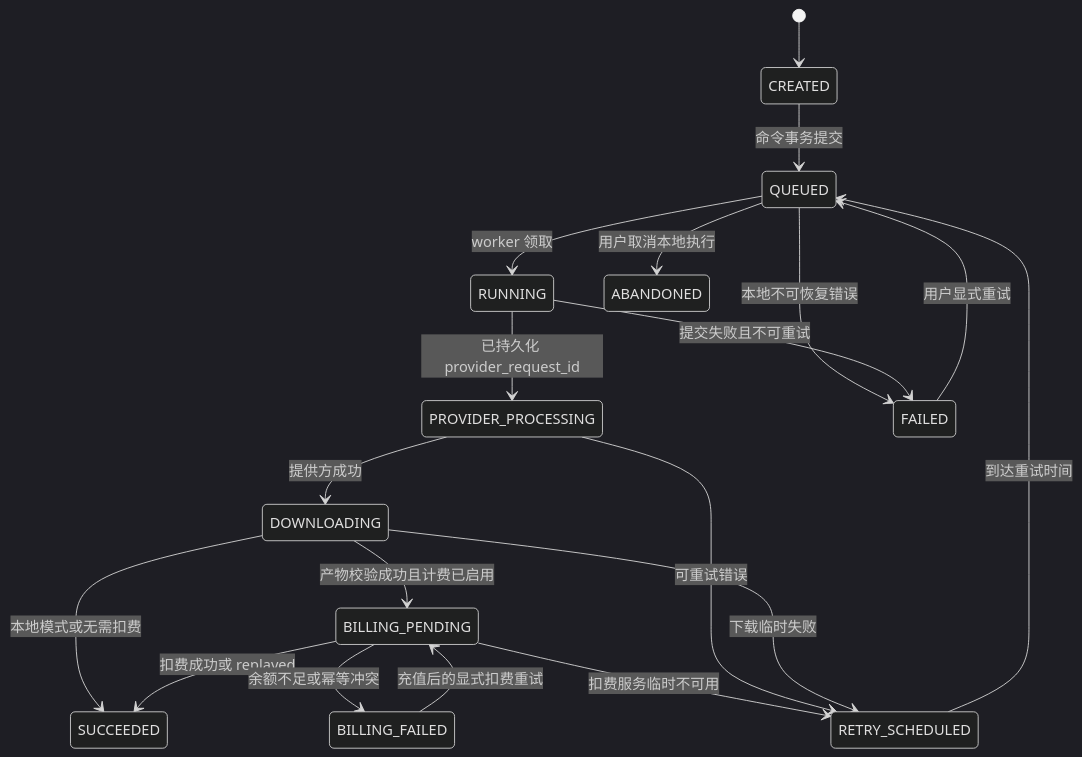
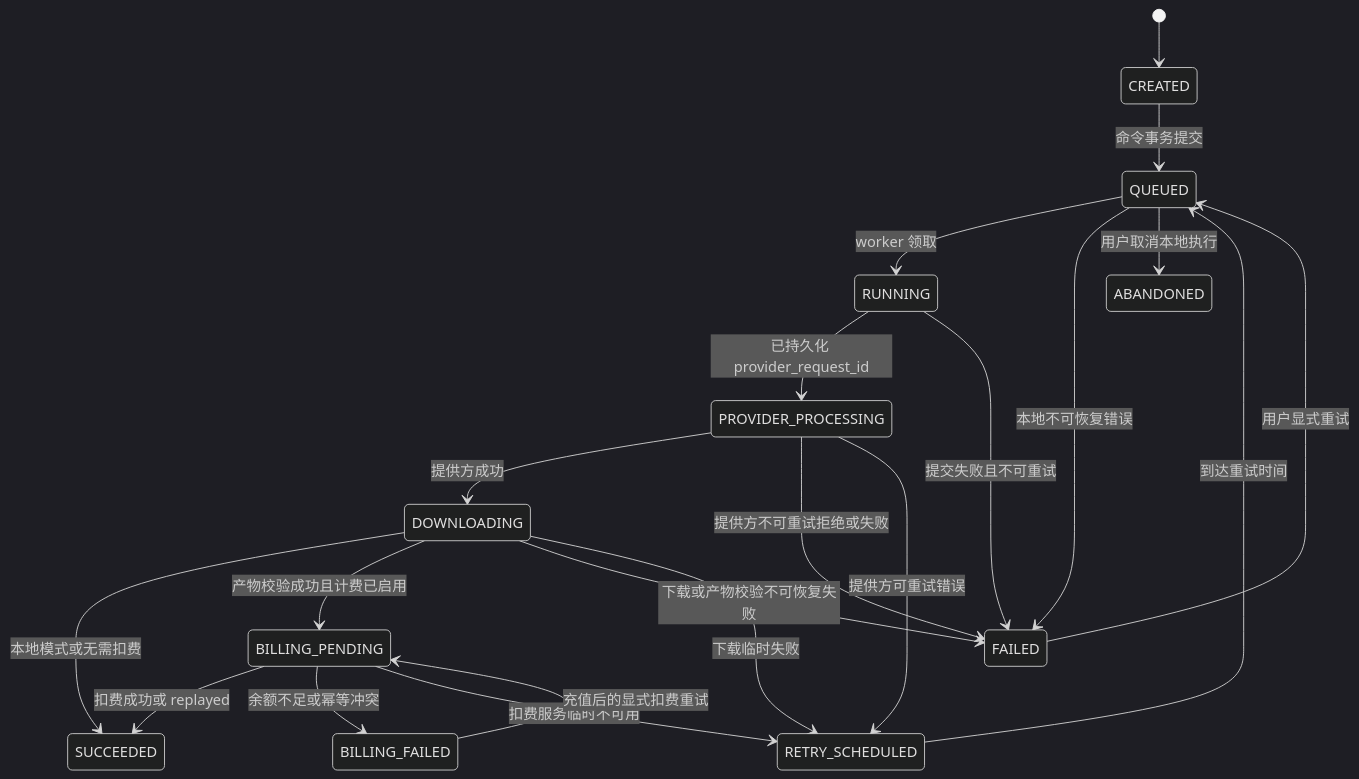
The second of 2 diagrams in doc/AI企业内容生产平台_领域模型与API事件契约.md (meta-xucong/alchemy-video-os), drawn with Mermaid (dark theme) before and after one commit. The commit also changed other lines of this file and 52 other files, not shown here.

````diff
--- a/doc/AI企业内容生产平台_领域模型与API事件契约.md
+++ b/doc/AI企业内容生产平台_领域模型与API事件契约.md
@@ -98,21 +98,23 @@
 ```mermaid
 stateDiagram-v2
   [*] --> CREATED
   CREATED --> QUEUED: 命令事务提交
   QUEUED --> RUNNING: worker 领取
   RUNNING --> PROVIDER_PROCESSING: 已持久化 provider_request_id
   PROVIDER_PROCESSING --> DOWNLOADING: 提供方成功
   DOWNLOADING --> SUCCEEDED: 本地模式或无需扣费
   DOWNLOADING --> BILLING_PENDING: 产物校验成功且计费已启用
   BILLING_PENDING --> SUCCEEDED: 扣费成功或 replayed
   BILLING_PENDING --> BILLING_FAILED: 余额不足或幂等冲突
   BILLING_PENDING --> RETRY_SCHEDULED: 扣费服务临时不可用
   QUEUED --> FAILED: 本地不可恢复错误
   RUNNING --> FAILED: 提交失败且不可重试
-  PROVIDER_PROCESSING --> RETRY_SCHEDULED: 可重试错误
+  PROVIDER_PROCESSING --> FAILED: 提供方不可重试拒绝或失败
+  PROVIDER_PROCESSING --> RETRY_SCHEDULED: 提供方可重试错误
+  DOWNLOADING --> FAILED: 下载或产物校验不可恢复失败
   DOWNLOADING --> RETRY_SCHEDULED: 下载临时失败
   RETRY_SCHEDULED --> QUEUED: 到达重试时间
   FAILED --> QUEUED: 用户显式重试
   BILLING_FAILED --> BILLING_PENDING: 充值后的显式扣费重试
   QUEUED --> ABANDONED: 用户取消本地执行
 ```
````
